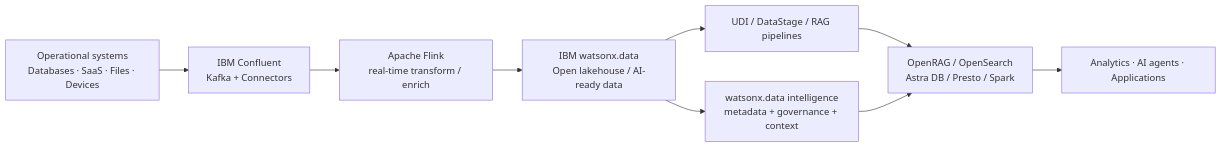
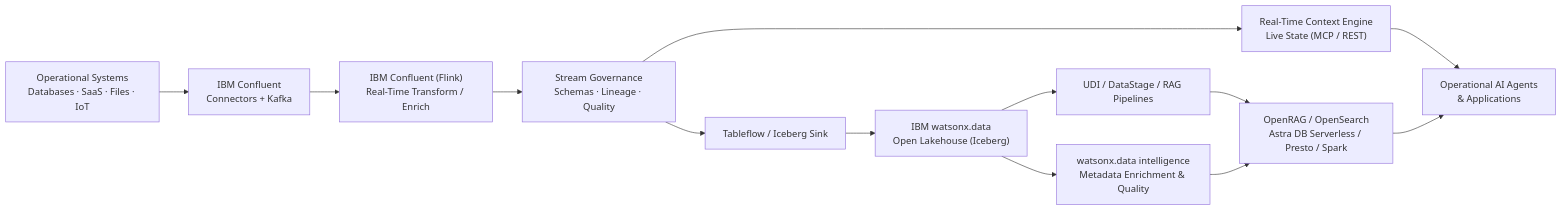
The diagram in docs-src/data-core/index.md (ibm-self-serve-assets/building-blocks-docs), drawn with Mermaid before and after one commit. The commit also changed other lines of this file and 31 other files, not shown here.

````diff
--- a/docs-src/data-core/index.md
+++ b/docs-src/data-core/index.md
@@ -95,11 +101,15 @@
 ```mermaid
 flowchart LR
-    S["Operational systems<br/>Databases · SaaS · Files · Devices"] --> C["IBM Confluent<br/>Kafka + Connectors"]
-    C --> F["Apache Flink<br/>real-time transform / enrich"]
-    F --> W["IBM watsonx.data<br/>Open lakehouse / AI-ready data"]
-    W --> I["watsonx.data intelligence<br/>metadata + governance + context"]
-    W --> P["UDI / DataStage / RAG pipelines"]
-    P --> Q["OpenRAG / OpenSearch<br/>Astra DB / Presto / Spark"]
+    S["Operational Systems<br/>Databases · SaaS · Files · IoT"] --> C["IBM Confluent<br/>Connectors + Kafka"]
+    C --> F["IBM Confluent (Flink)<br/>Real-Time Transform / Enrich"]
+    F --> G["Stream Governance<br/>Schemas · Lineage · Quality"]
+    G --> RTCE["Real-Time Context Engine<br/>Live State (MCP / REST)"]
+    G --> T["Tableflow / Iceberg Sink"]
+    T --> W["IBM watsonx.data<br/>Open Lakehouse (Iceberg)"]
+    W --> I["watsonx.data intelligence<br/>Metadata Enrichment & Quality"]
+    W --> P["UDI / DataStage / RAG Pipelines"]
+    P --> Q["OpenRAG / OpenSearch<br/>Astra DB Serverless / Presto / Spark"]
     I --> Q
-    Q --> A["Analytics · AI agents · Applications"]
+    RTCE --> A["Operational AI Agents<br/>& Applications"]
+    Q --> A
 ```
````
